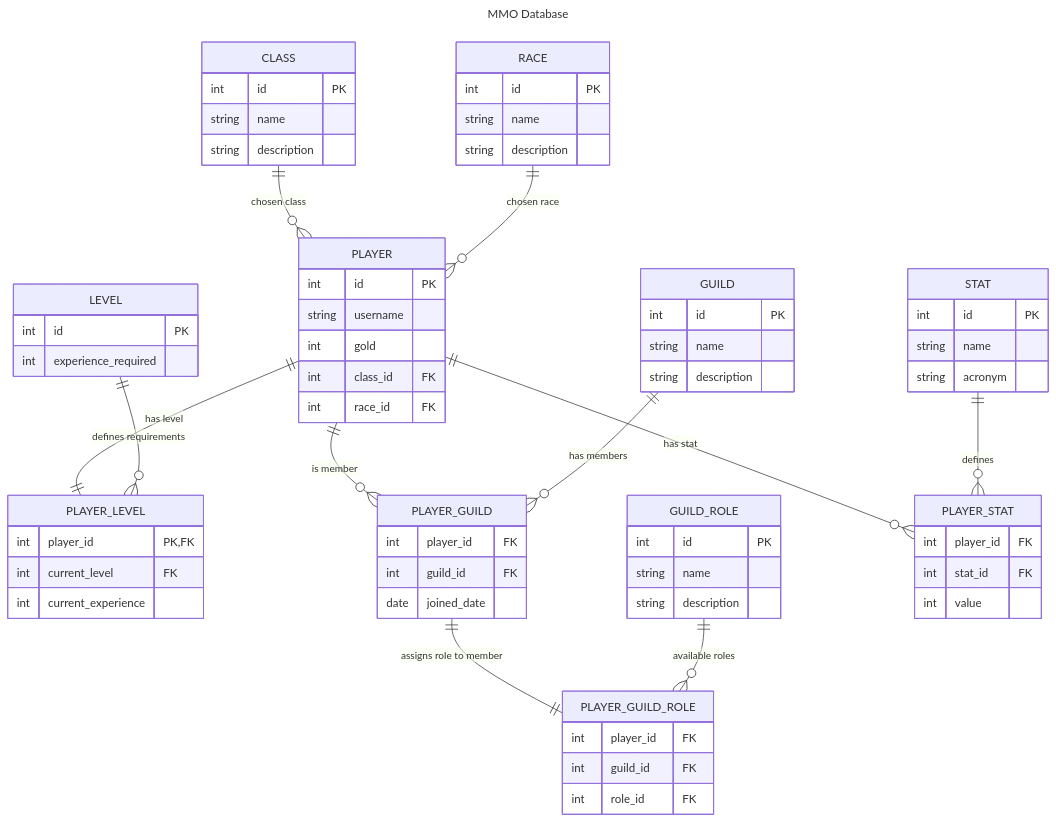
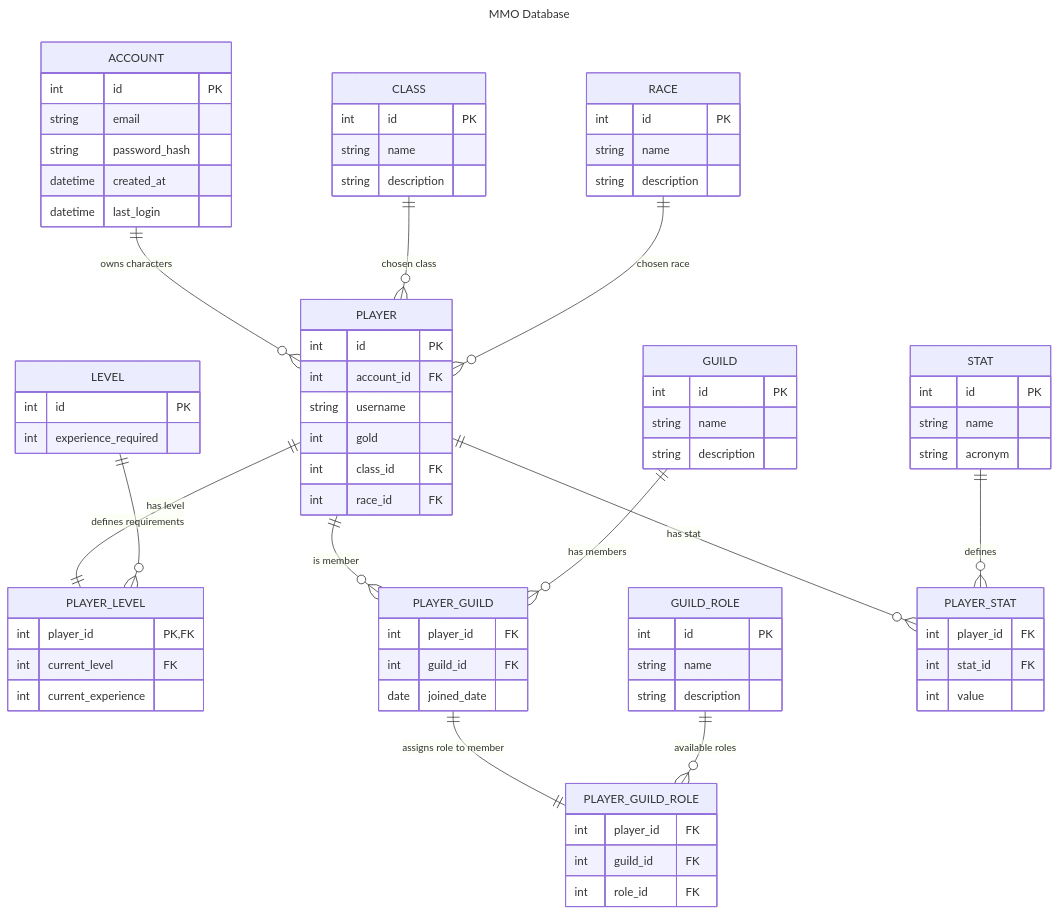
The diagram in sql/README.md (maik-hasler/vocational-training-resources), drawn with Mermaid before and after one commit. The commit also changed 2 other files, not shown here.

Commit message:
add account table and new tasks

```diff
--- a/sql/README.md
+++ b/sql/README.md
@@ -47,6 +47,14 @@
 title: MMO Database
 ---
 erDiagram
+   ACCOUNT {
+       int id PK
+       string email
+       string password_hash
+       datetime created_at
+       datetime last_login 
+    }
+    
     "CLASS" {
         int id PK
         string name
@@ -61,6 +69,7 @@
 
     PLAYER {
         int id PK
+        int account_id FK
         string username
         int gold
         int class_id FK
@@ -114,6 +123,8 @@
         int value
     }
 
+   ACCOUNT ||--o{ PLAYER : "owns characters"
+
     "CLASS" ||--o{ PLAYER : "chosen class"
     RACE ||--o{ PLAYER : "chosen race"
 
```
